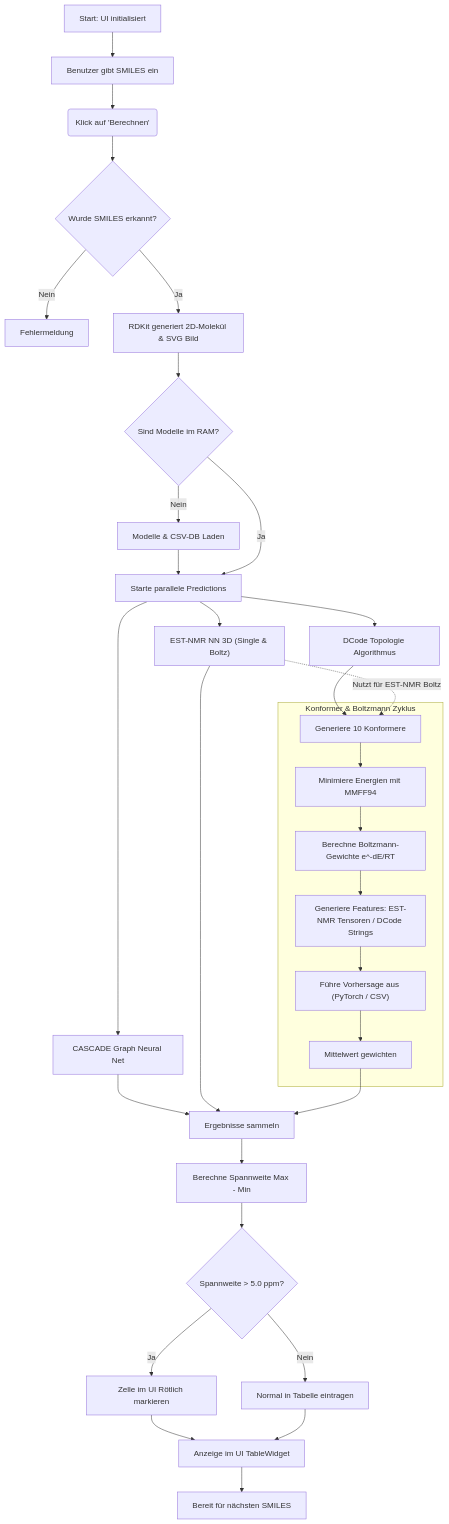
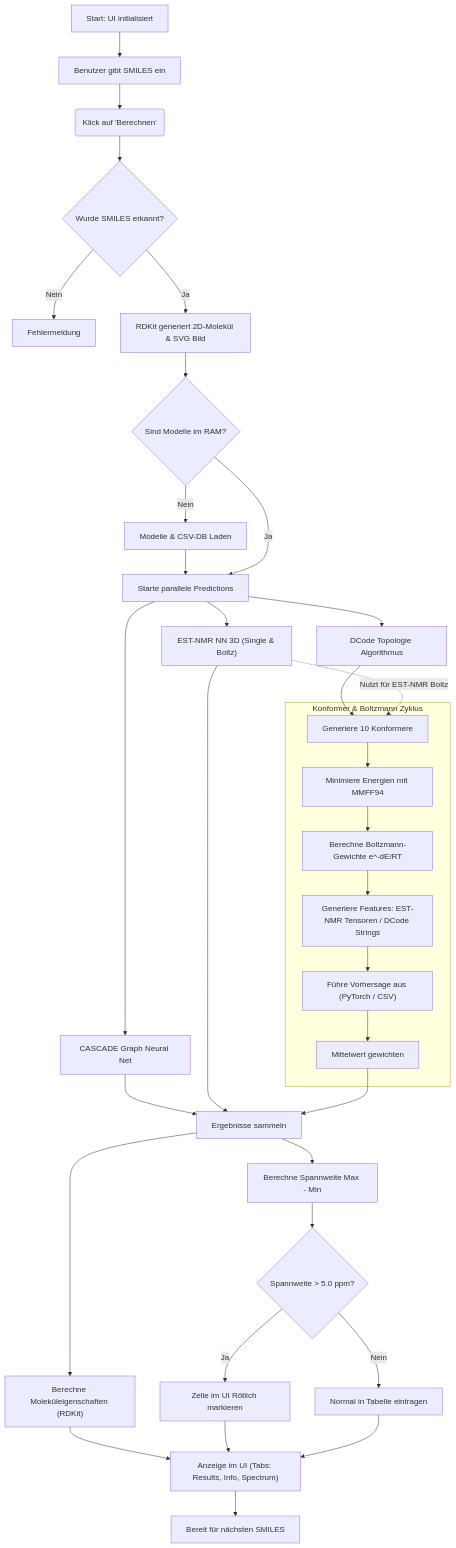
The first of 5 diagrams in Documentation.md (steto123/mol_pirol), drawn with Mermaid before and after one commit. The commit also changed other lines of this file and 68 other files, not shown here.

````diff
--- a/Documentation.md
+++ b/Documentation.md
@@ -7,42 +7,44 @@
 ```mermaid
 graph TD
     A["Start: UI initialisiert"] --> B["Benutzer gibt SMILES ein"]
     B --> C("Klick auf 'Berechnen'")
     
     C --> D{"Wurde SMILES erkannt?"}
     D -- Nein --> E["Fehlermeldung"]
     D -- Ja --> F["RDKit generiert 2D-Molekül & SVG Bild"]
     
     F --> G{"Sind Modelle im RAM?"}
     G -- Nein --> H["Modelle & CSV-DB Laden"]
     H --> I
     G -- Ja --> I["Starte parallele Predictions"]
     
     I --> J["CASCADE Graph Neural Net"]
     I --> K["EST-NMR NN 3D (Single & Boltz)"]
     I --> L["DCode Topologie Algorithmus"]
     
     subgraph Konformere ["Konformer & Boltzmann Zyklus"]
         L1["Generiere 10 Konformere"] --> L2["Minimiere Energien mit MMFF94"]
         L2 --> L3["Berechne Boltzmann-Gewichte e^-dE/RT"]
         L3 --> L4["Generiere Features: EST-NMR Tensoren / DCode Strings"]
         L4 --> L5["Führe Vorhersage aus (PyTorch / CSV)"]
         L5 --> L6["Mittelwert gewichten"]
     end
     
     L --> L1
     K -.->|Nutzt für EST-NMR Boltz| L1
     
     J --> M["Ergebnisse sammeln"]
     K --> M
     L6 --> M
     
     M --> N["Berechne Spannweite Max - Min"]
+    M --> N2["Berechne Moleküleigenschaften (RDKit)"]
     N --> O{Spannweite > 5.0 ppm?}
+    N2 --> R
     O -- Ja --> P["Zelle im UI Rötlich markieren"]
     O -- Nein --> Q["Normal in Tabelle eintragen"]
     
-    P --> R["Anzeige im UI TableWidget"]
+    P --> R["Anzeige im UI (Tabs: Results, Info, Spectrum)"]
     Q --> R
     R --> S["Bereit für nächsten SMILES"]
 ```
````
